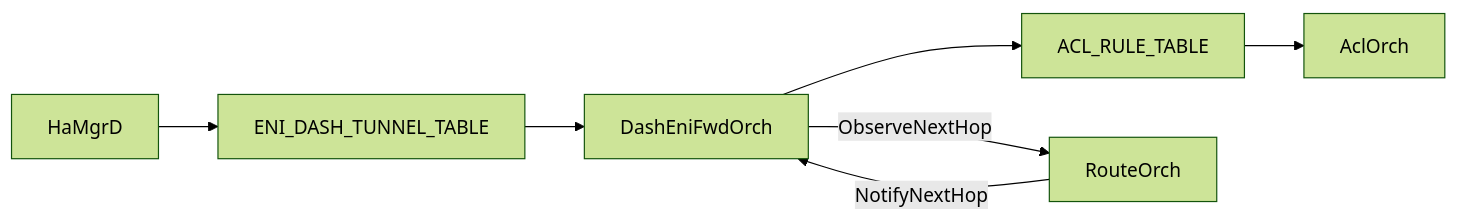
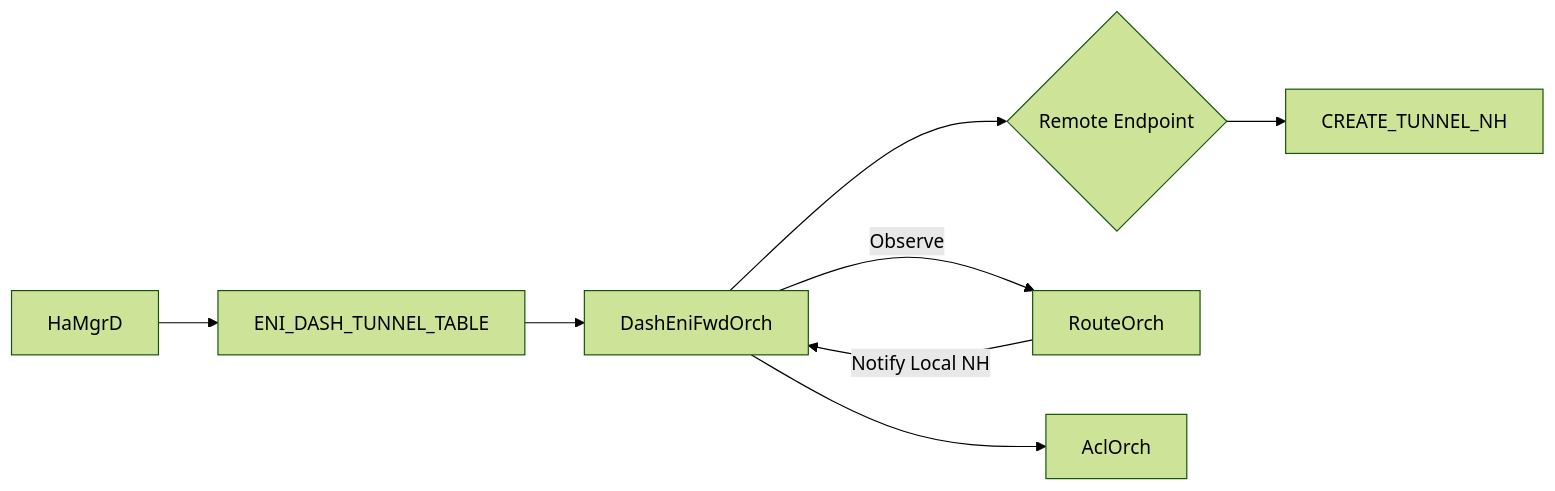
Before and after one commit to sonic-net/SONiC: the diagram in doc/smart-switch/high-availability/eni-based-forwarding.md, drawn with Mermaid (forest theme). The commit also changed other lines of this file, not shown here.

````diff
--- a/doc/smart-switch/high-availability/eni-based-forwarding.md
+++ b/doc/smart-switch/high-availability/eni-based-forwarding.md
@@ -237,11 +233,14 @@
 ```mermaid
 flowchart LR
     ENI_TABLE[ENI_DASH_TUNNEL_TABLE]
 
     HaMgrD --> ENI_TABLE
     ENI_TABLE --> DashEniFwdOrch
-    DashEniFwdOrch --> ACL_RULE_TABLE
-    ACL_RULE_TABLE --> AclOrch
-    RouteOrch --> |NotifyNextHop| DashEniFwdOrch
-    DashEniFwdOrch --> |ObserveNextHop| RouteOrch
+
+    DashEniFwdOrch --> Ques1{Remote Endpoint}
+    DashEniFwdOrch --> |Observe| RouteOrch
+
+    Ques1 --> CREATE_TUNNEL_NH
+    RouteOrch --> |Notify Local NH| DashEniFwdOrch
+    DashEniFwdOrch --> AclOrch
 ```
````
